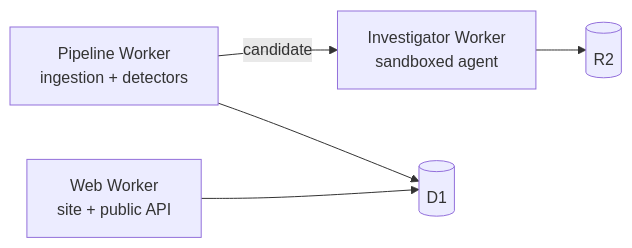
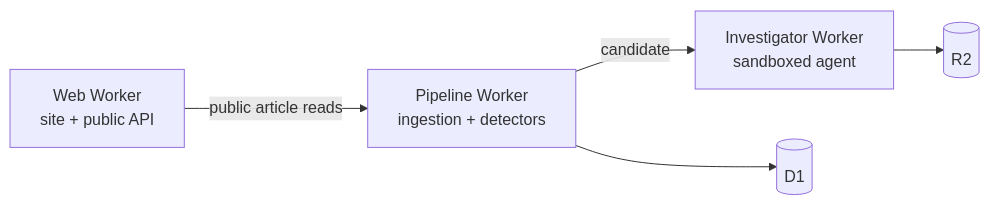
Before and after one commit to EzraApple/public-patterns: the second of 3 diagrams in ARCHITECTURE.md, drawn with Mermaid. The commit also changed other lines of this file and 33 other files, not shown here.

````diff
--- a/ARCHITECTURE.md
+++ b/ARCHITECTURE.md
@@ -69,13 +69,13 @@
 ```mermaid
 flowchart LR
     Web["Web Worker<br/>site + public API"]
     Pipeline["Pipeline Worker<br/>ingestion + detectors"]
     Investigator["Investigator Worker<br/>sandboxed agent"]
     Storage[("D1")]
     Archive[("R2")]
 
     Pipeline --> Storage
     Pipeline -->|"candidate"| Investigator
     Investigator --> Archive
-    Web --> Storage
+    Web -->|"public article reads"| Pipeline
 ```
````
